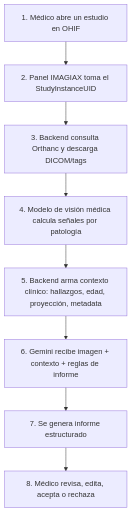
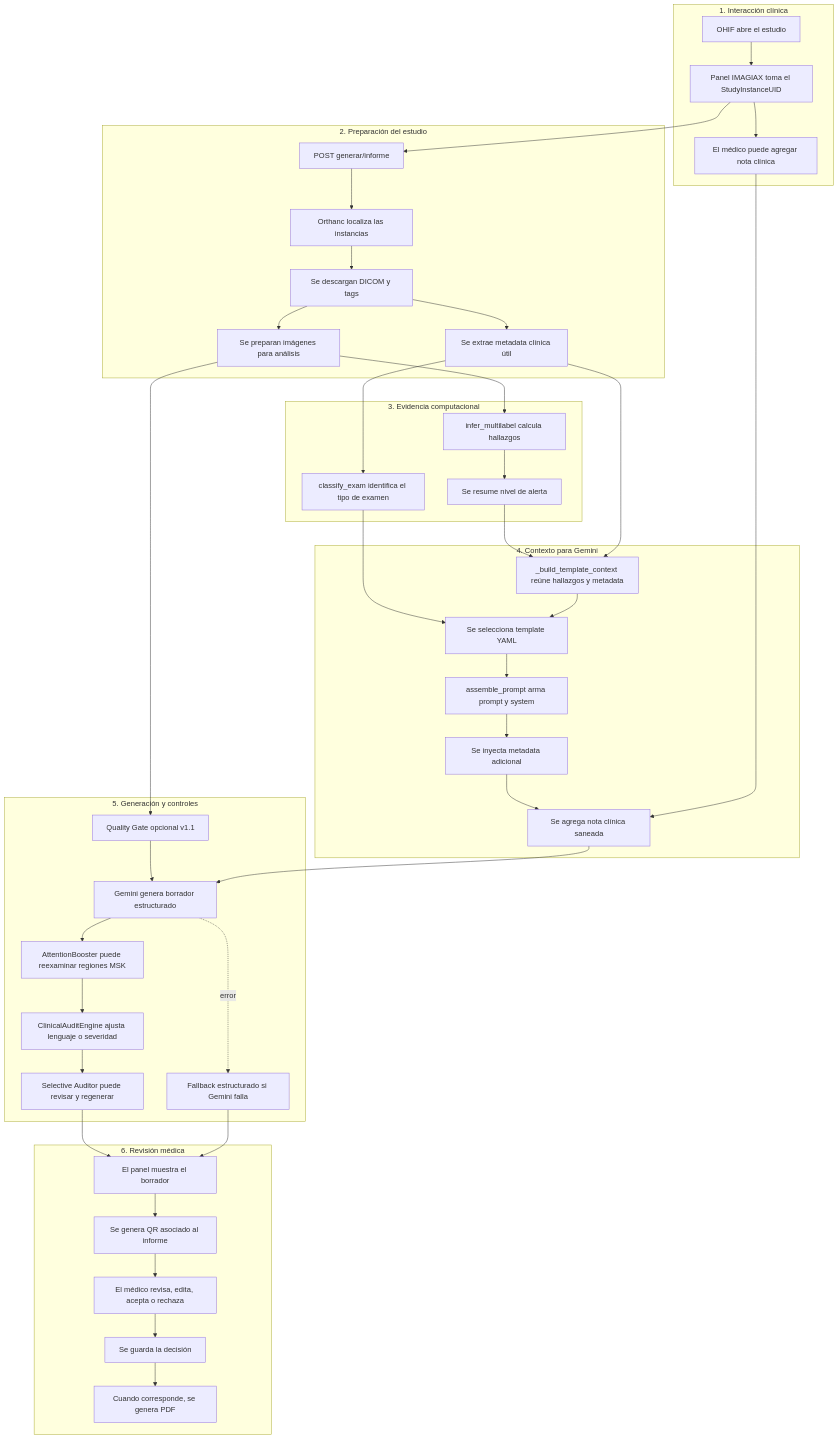
One commit to VCTorres-Dev/imagiax_dev changed the first of 2 diagrams in README.md. Above: the diagram before and after it, drawn with Mermaid. The commit also changed other lines of this file and 3 other files, not shown here.

Commit message:
docs: refocus code reading docs on IMAGIAX flow

````diff
--- a/README.md
+++ b/README.md
@@ -29,10 +12,67 @@
 ```mermaid
 flowchart TD
-    A[1. Médico abre un estudio en OHIF] --> B[2. Panel IMAGIAX toma el StudyInstanceUID]
-    B --> C[3. Backend consulta Orthanc y descarga DICOM/tags]
-    C --> D[4. Modelo de visión médica calcula señales por patología]
-    D --> E[5. Backend arma contexto clínico: hallazgos, edad, proyección, metadata]
-    E --> F[6. Gemini recibe imagen + contexto + reglas de informe]
-    F --> G[7. Se genera informe estructurado]
-    G --> H[8. Médico revisa, edita, acepta o rechaza]
+    subgraph UI[1. Interacción clínica]
+        A1[OHIF abre el estudio]
+        A2[Panel IMAGIAX toma el StudyInstanceUID]
+        A3[El médico puede agregar nota clínica]
+        A1 --> A2 --> A3
+    end
+
+    subgraph PREP[2. Preparación del estudio]
+        B1[POST generar/informe]
+        B2[Orthanc localiza las instancias]
+        B3[Se descargan DICOM y tags]
+        B4[Se preparan imágenes para análisis]
+        B5[Se extrae metadata clínica útil]
+        B1 --> B2 --> B3
+        B3 --> B4
+        B3 --> B5
+    end
+
+    subgraph EVID[3. Evidencia computacional]
+        C1[infer_multilabel calcula hallazgos]
+        C2[Se resume nivel de alerta]
+        C3[classify_exam identifica el tipo de examen]
+        B4 --> C1 --> C2
+        B5 --> C3
+    end
+
+    subgraph CTX[4. Contexto para Gemini]
+        D1[_build_template_context reúne hallazgos y metadata]
+        D2[Se selecciona template YAML]
+        D3[assemble_prompt arma prompt y system]
+        D4[Se inyecta metadata adicional]
+        D5[Se agrega nota clínica saneada]
+        C2 --> D1
+        B5 --> D1
+        C3 --> D2
+        D1 --> D2 --> D3 --> D4 --> D5
+        A3 --> D5
+    end
+
+    subgraph CTRL[5. Generación y controles]
+        E1[Quality Gate opcional v1.1]
+        E2[Gemini genera borrador estructurado]
+        E3[AttentionBooster puede reexaminar regiones MSK]
+        E4[ClinicalAuditEngine ajusta lenguaje o severidad]
+        E5[Selective Auditor puede revisar y regenerar]
+        E6[Fallback estructurado si Gemini falla]
+        B4 --> E1 --> E2
+        D5 --> E2
+        E2 --> E3 --> E4 --> E5
+        E2 -. error .-> E6
+    end
+
+    subgraph END[6. Revisión médica]
+        F1[El panel muestra el borrador]
+        F2[Se genera QR asociado al informe]
+        F3[El médico revisa, edita, acepta o rechaza]
+        F4[Se guarda la decisión]
+        F5[Cuando corresponde, se genera PDF]
+        E5 --> F1
+        E6 --> F1
+        F1 --> F2 --> F3 --> F4 --> F5
+    end
+
+    A2 --> B1
 ```
````
